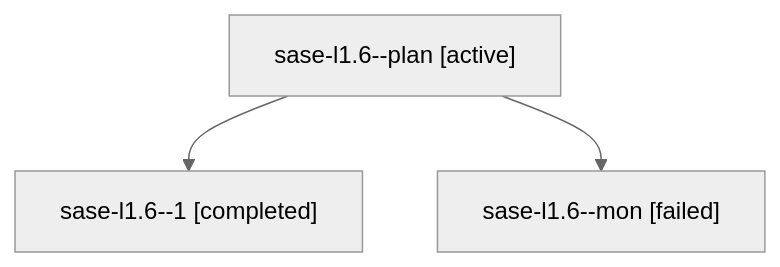
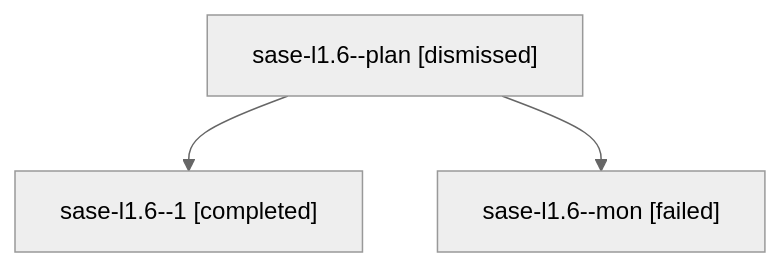
The diagram in sessions/bbugyi200.athena.sase-l1.6.md (sase-org/sase--agents), drawn with Mermaid (neutral theme) before and after one commit. The commit also changed other lines of this file and 89 other files, not shown here.

````diff
--- a/sessions/bbugyi200.athena.sase-l1.6.md
+++ b/sessions/bbugyi200.athena.sase-l1.6.md
@@ -9,8 +9,8 @@
 ```mermaid
 flowchart TD
-  n0["sase-l1.6--plan [active]"]
+  n0["sase-l1.6--plan [dismissed]"]
   n1["sase-l1.6--1 [completed]"]
   n0 --> n1
   n2["sase-l1.6--mon [failed]"]
   n0 --> n2
 ```
````
